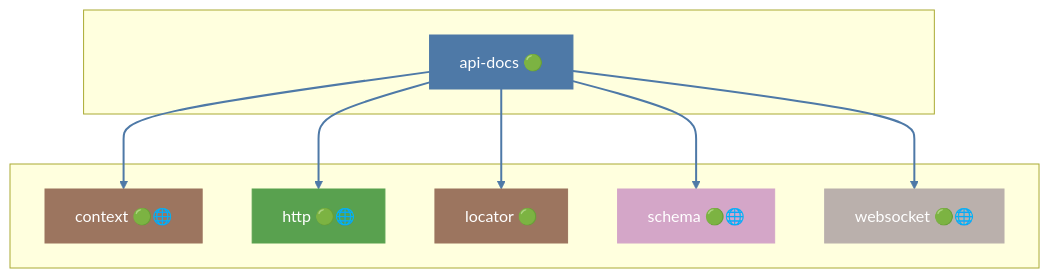
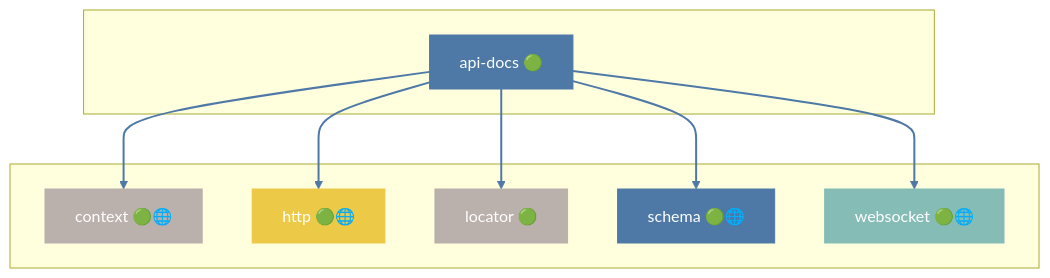
The second of 48 diagrams in docs/DEPENDENCIES.md (grest-ts/grest-ts), drawn with Mermaid before and after one commit. The commit also changed other lines of this file and 62 other files, not shown here.

````diff
--- a/docs/DEPENDENCIES.md
+++ b/docs/DEPENDENCIES.md
@@ -451,29 +459,29 @@
 ```mermaid
 flowchart TB
     subgraph Package[" "]
         api-docs["api-docs 🟢"]
     end
     subgraph Dependencies[" "]
         context["context 🟢🌐"]
         http["http 🟢🌐"]
         locator["locator 🟢"]
         schema["schema 🟢🌐"]
         websocket["websocket 🟢🌐"]
     end
     api-docs --> context
     api-docs --> http
     api-docs --> locator
     api-docs --> schema
     api-docs --> websocket
     style api-docs fill:#4E79A7,stroke:#4E79A7,color:#fff
-    style context fill:#9C755F,stroke:#9C755F,color:#fff
-    style http fill:#59A14F,stroke:#59A14F,color:#fff
-    style locator fill:#9C755F,stroke:#9C755F,color:#fff
-    style schema fill:#D4A6C8,stroke:#D4A6C8,color:#fff
-    style websocket fill:#BAB0AC,stroke:#BAB0AC,color:#fff
+    style context fill:#BAB0AC,stroke:#BAB0AC,color:#fff
+    style http fill:#EDC948,stroke:#EDC948,color:#fff
+    style locator fill:#BAB0AC,stroke:#BAB0AC,color:#fff
+    style schema fill:#4E79A7,stroke:#4E79A7,color:#fff
+    style websocket fill:#86BCB6,stroke:#86BCB6,color:#fff
     linkStyle 0 stroke:#4E79A7,stroke-width:2px
     linkStyle 1 stroke:#4E79A7,stroke-width:2px
     linkStyle 2 stroke:#4E79A7,stroke-width:2px
     linkStyle 3 stroke:#4E79A7,stroke-width:2px
     linkStyle 4 stroke:#4E79A7,stroke-width:2px
 ```
````
